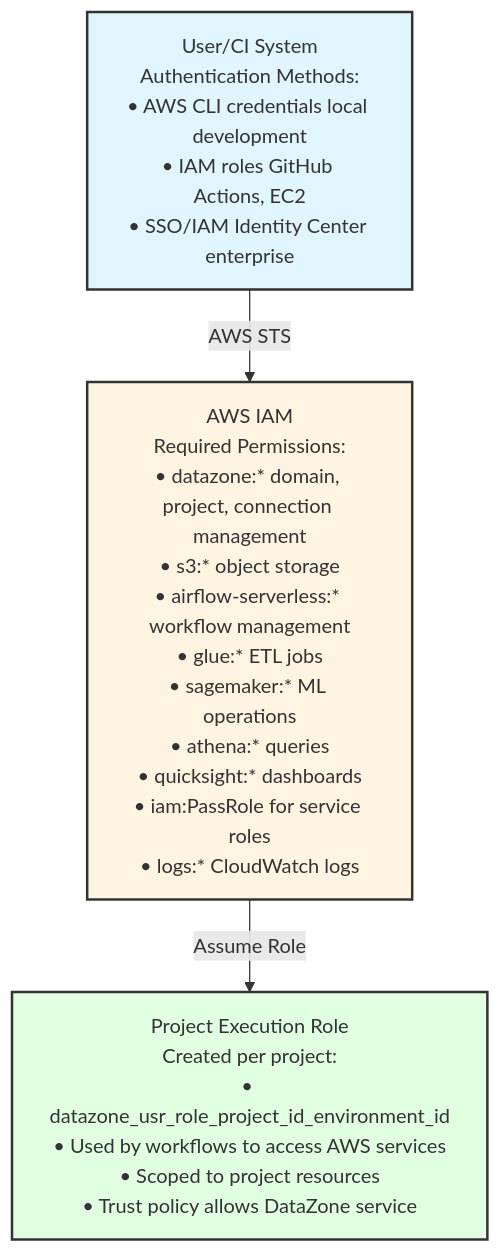
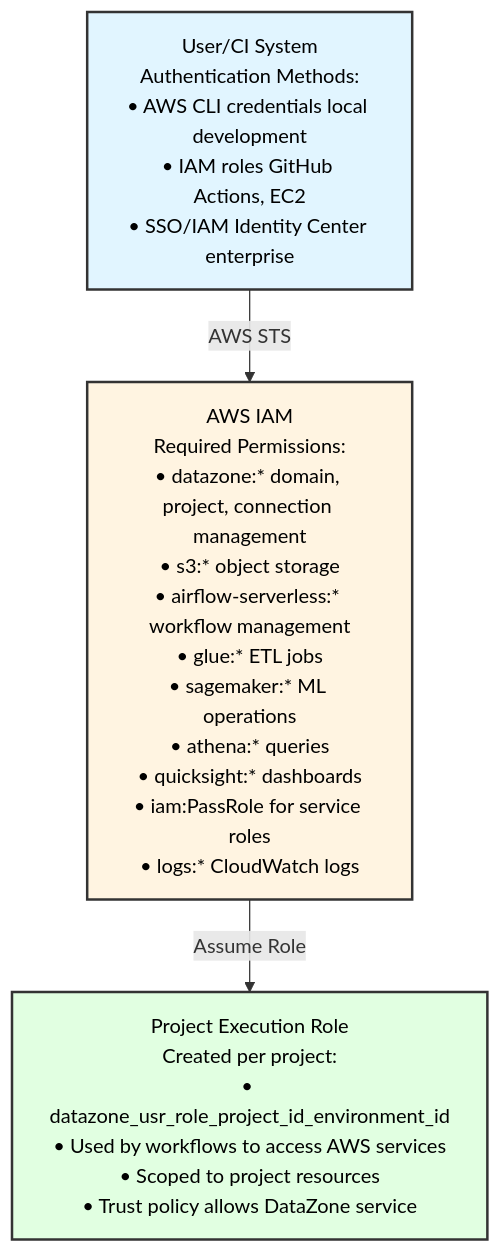
The sixth of 11 diagrams in docs/architecture.md (vasu2856/CICD-for-SageMakerUnifiedStudio-public), drawn with Mermaid before and after one commit. The commit also changed other lines of this file and 24 other files, not shown here.

````diff
--- a/docs/architecture.md
+++ b/docs/architecture.md
@@ -739,10 +751,10 @@
 ```mermaid
 graph TD
     USER[User/CI System<br/>Authentication Methods:<br/>• AWS CLI credentials local development<br/>• IAM roles GitHub Actions, EC2<br/>• SSO/IAM Identity Center enterprise]
     USER -->|AWS STS| IAM[AWS IAM<br/>Required Permissions:<br/>• datazone:* domain, project, connection management<br/>• s3:* object storage<br/>• airflow-serverless:* workflow management<br/>• glue:* ETL jobs<br/>• sagemaker:* ML operations<br/>• athena:* queries<br/>• quicksight:* dashboards<br/>• iam:PassRole for service roles<br/>• logs:* CloudWatch logs]
     IAM -->|Assume Role| ROLE[Project Execution Role<br/>Created per project:<br/>• datazone_usr_role_project_id_environment_id<br/>• Used by workflows to access AWS services<br/>• Scoped to project resources<br/>• Trust policy allows DataZone service]
     
-    style USER fill:#e1f5ff,stroke:#333,stroke-width:2px
-    style IAM fill:#fff4e1,stroke:#333,stroke-width:2px
-    style ROLE fill:#e1ffe1,stroke:#333,stroke-width:2px
+    style USER fill:#e1f5ff,stroke:#333,stroke-width:2px,color:#000,font-weight:normal
+    style IAM fill:#fff4e1,stroke:#333,stroke-width:2px,color:#000,font-weight:normal
+    style ROLE fill:#e1ffe1,stroke:#333,stroke-width:2px,color:#000,font-weight:normal
 ```
````
